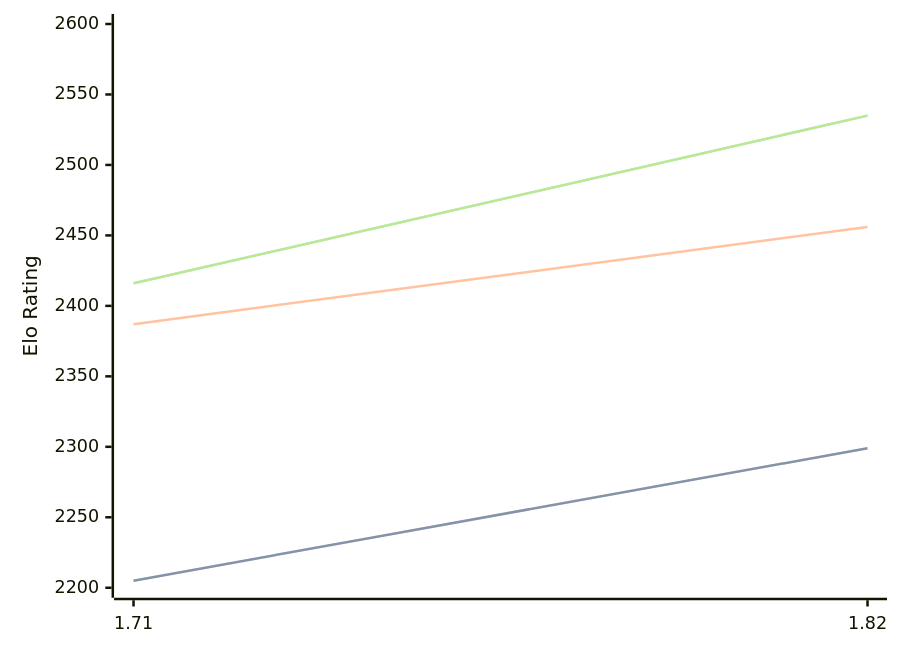
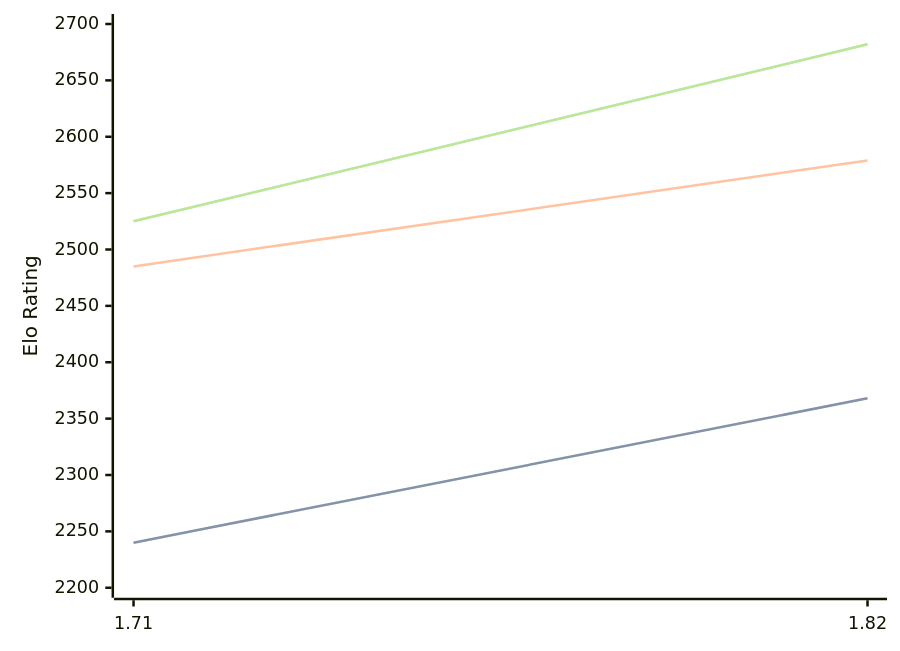
The diagram in engines/Amira.md (computer-chess-index/cci), drawn with Mermaid before and after one commit. The commit also changed other lines of this file, not shown here.

Commit message:
Update CCI Ratings (ELO VLTC) - 2026-02-24

````diff
--- a/engines/Amira.md
+++ b/engines/Amira.md
@@ -32,11 +33,11 @@
 ```mermaid
 %%{init: {"theme":"base","themeVariables":{"seriesColors:['#a3a3a3','#222221','#faa371']}}}%%
 xychart-beta
   x-axis ["1.71", "1.82"]
-  y-axis "Elo Rating" 2200 --> 2600
-  line "STC (8.0+0.08s)" [2205, 2299]
-  line "STC (8.0+0.08s)" [2205, 2299]
-  line "LTC (60.0+0.60s)" [2387, 2456]
-  line "VLTC (2m24s+1.12s)" [2416, 2535]
-  line "VLTC (2m24s+1.12s)" [2416, 2535]
+  y-axis "Elo Rating" 2200 --> 2700
+  line "STC (8.0+0.08s)" [2240, 2368]
+  line "STC (8.0+0.08s)" [2240, 2368]
+  line "LTC (60.0+0.60s)" [2485, 2579]
+  line "VLTC (2m24s+1.12s)" [2525, 2682]
+  line "VLTC (2m24s+1.12s)" [2525, 2682]
 ```
````
